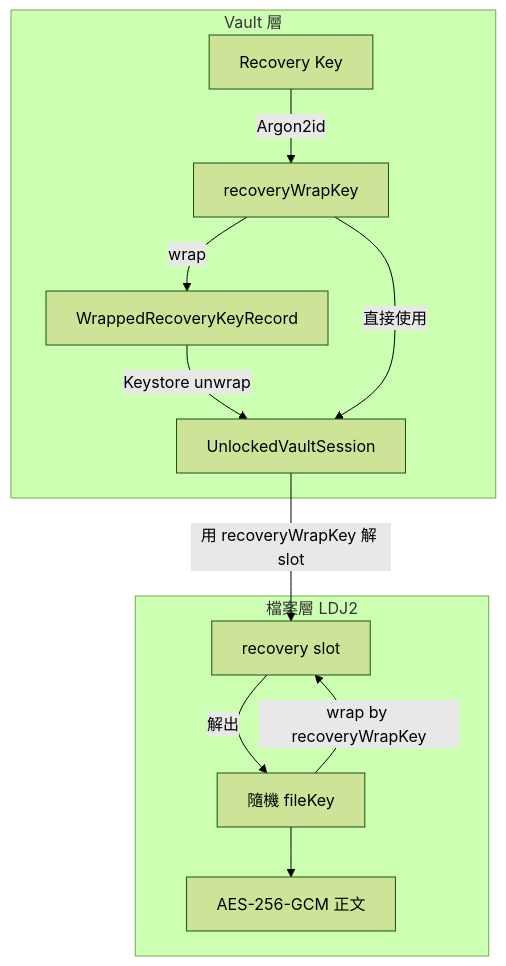
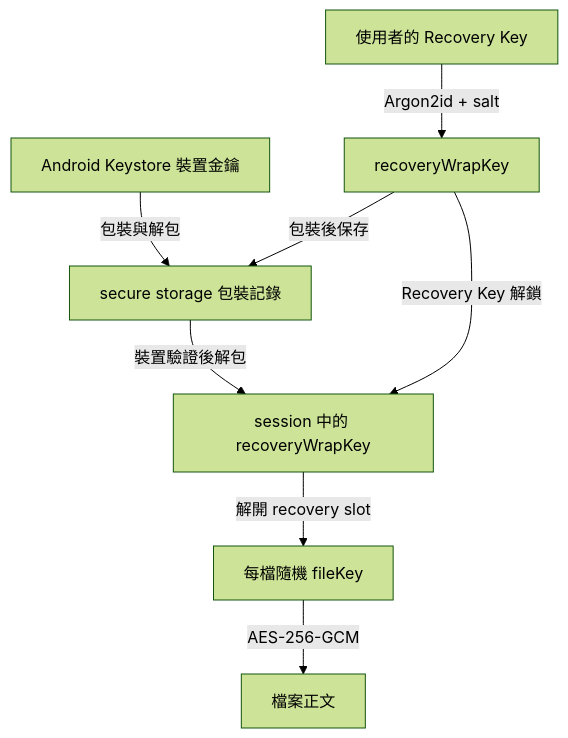
One commit to zack20136/quill-diary changed the diagram in docs/開發/安全/加密格式.md. Above: the diagram before and after it, drawn with Mermaid (forest theme). The commit also changed other lines of this file and 259 other files, not shown here.

````diff
--- a/docs/開發/安全/加密格式.md
+++ b/docs/開發/安全/加密格式.md
@@ -9,16 +14,10 @@
 ```mermaid
-flowchart TB
-  subgraph vaultLayer ["Vault 層"]
-    RK["Recovery Key"] -->|Argon2id| WRK["recoveryWrapKey"]
-    WRK -->|wrap| TDK["WrappedRecoveryKeyRecord"]
-    TDK -->|Keystore unwrap| Session["UnlockedVaultSession"]
-    WRK -->|直接使用| Session
-  end
-
-  subgraph fileLayer ["檔案層 LDJ2"]
-    FK["隨機 fileKey"] --> ENC["AES-256-GCM 正文"]
-    FK -->|wrap by recoveryWrapKey| Slot["recovery slot"]
-    Session -->|用 recoveryWrapKey 解 slot| Slot
-    Slot -->|解出| FK
-  end
+flowchart TD
+  RK["使用者的 Recovery Key"] -->|Argon2id + salt| WRK["recoveryWrapKey"]
+  DK["Android Keystore 裝置金鑰"] -->|包裝與解包| Record["secure storage 包裝記錄"]
+  WRK -->|包裝後保存| Record
+  Record -->|裝置驗證後解包| Session["session 中的 recoveryWrapKey"]
+  WRK -->|Recovery Key 解鎖| Session
+  Session -->|解開 recovery slot| FK["每檔隨機 fileKey"]
+  FK -->|AES-256-GCM| Body["檔案正文"]
 ```
````
